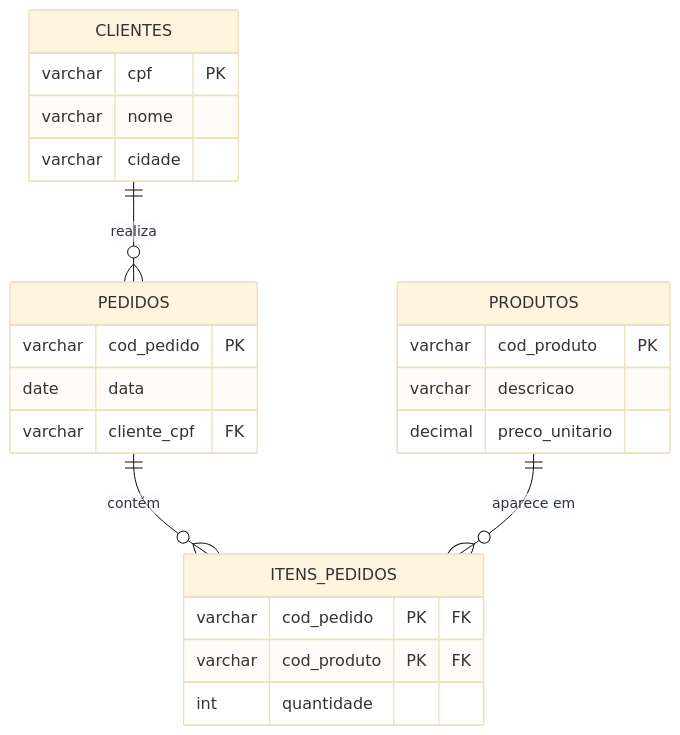
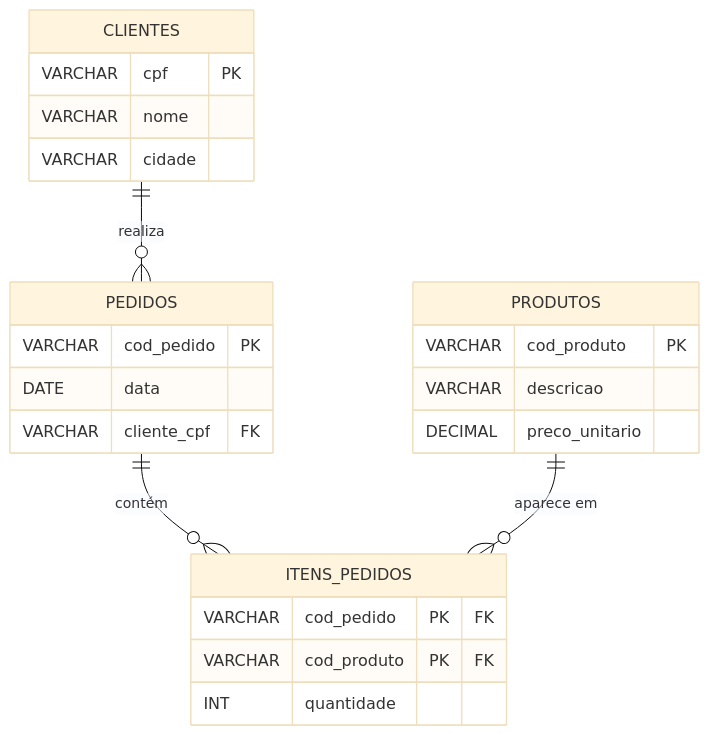
The eighth of 9 diagrams in docs/aulas/Aula_02_Normalizacao.md (DSM-Fatec-Jahu/BDR-DSM-2026-2), drawn with Mermaid (base theme) before and after one commit. The commit also changed other lines of this file and 2 other files, not shown here.

First line of the commit message:
Padroniza tipos SQL em MAIÚSCULAS nos diagramas (Regra 3)

````diff
--- a/docs/aulas/Aula_02_Normalizacao.md
+++ b/docs/aulas/Aula_02_Normalizacao.md
@@ -755,30 +755,30 @@
 ```mermaid
 erDiagram
     CLIENTES {
-        varchar cpf PK
-        varchar nome
-        varchar cidade
+        VARCHAR cpf PK
+        VARCHAR nome
+        VARCHAR cidade
     }
 
     PEDIDOS {
-        varchar cod_pedido PK
-        date data
-        varchar cliente_cpf FK
+        VARCHAR cod_pedido PK
+        DATE data
+        VARCHAR cliente_cpf FK
     }
 
     PRODUTOS {
-        varchar cod_produto PK
-        varchar descricao
-        decimal preco_unitario
+        VARCHAR cod_produto PK
+        VARCHAR descricao
+        DECIMAL preco_unitario
     }
 
     ITENS_PEDIDOS {
-        varchar cod_pedido PK "FK"
-        varchar cod_produto PK "FK"
-        int quantidade
+        VARCHAR cod_pedido PK "FK"
+        VARCHAR cod_produto PK "FK"
+        INT quantidade
     }
 
     CLIENTES ||--o{ PEDIDOS : "realiza"
     PEDIDOS ||--o{ ITENS_PEDIDOS : "contém"
     PRODUTOS ||--o{ ITENS_PEDIDOS : "aparece em"
 ```
````
